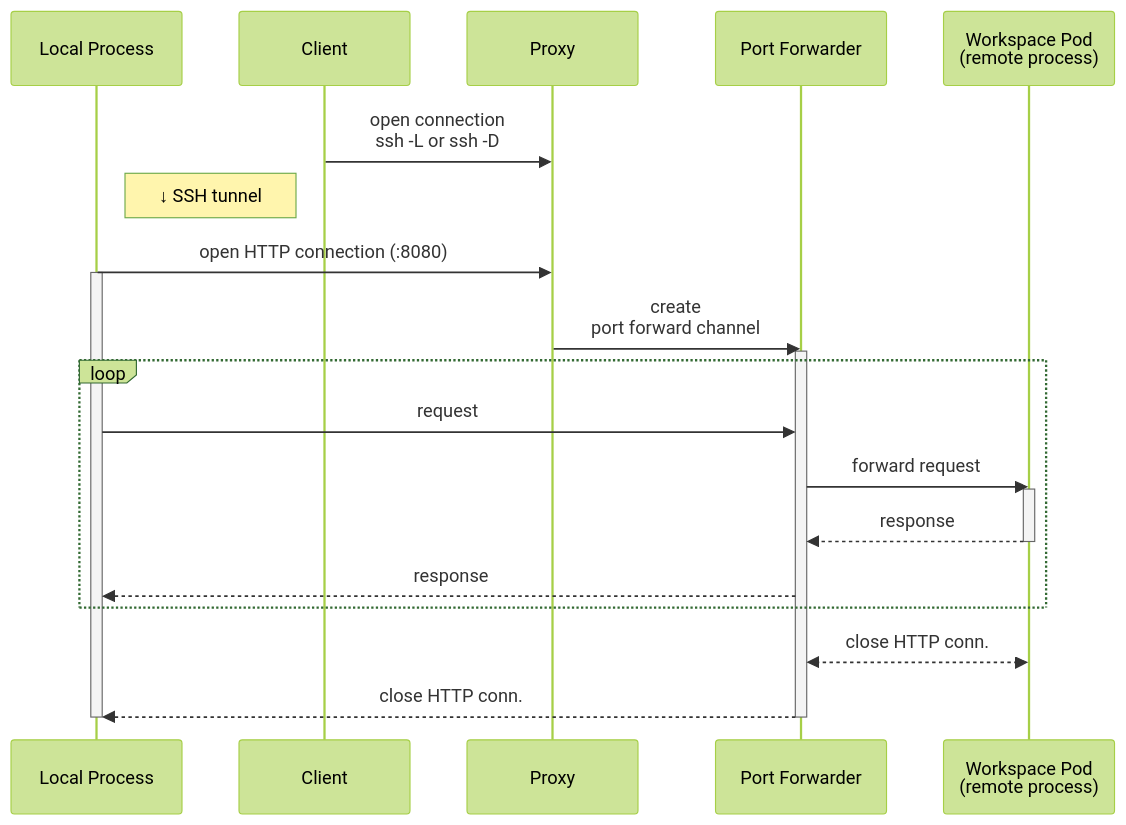
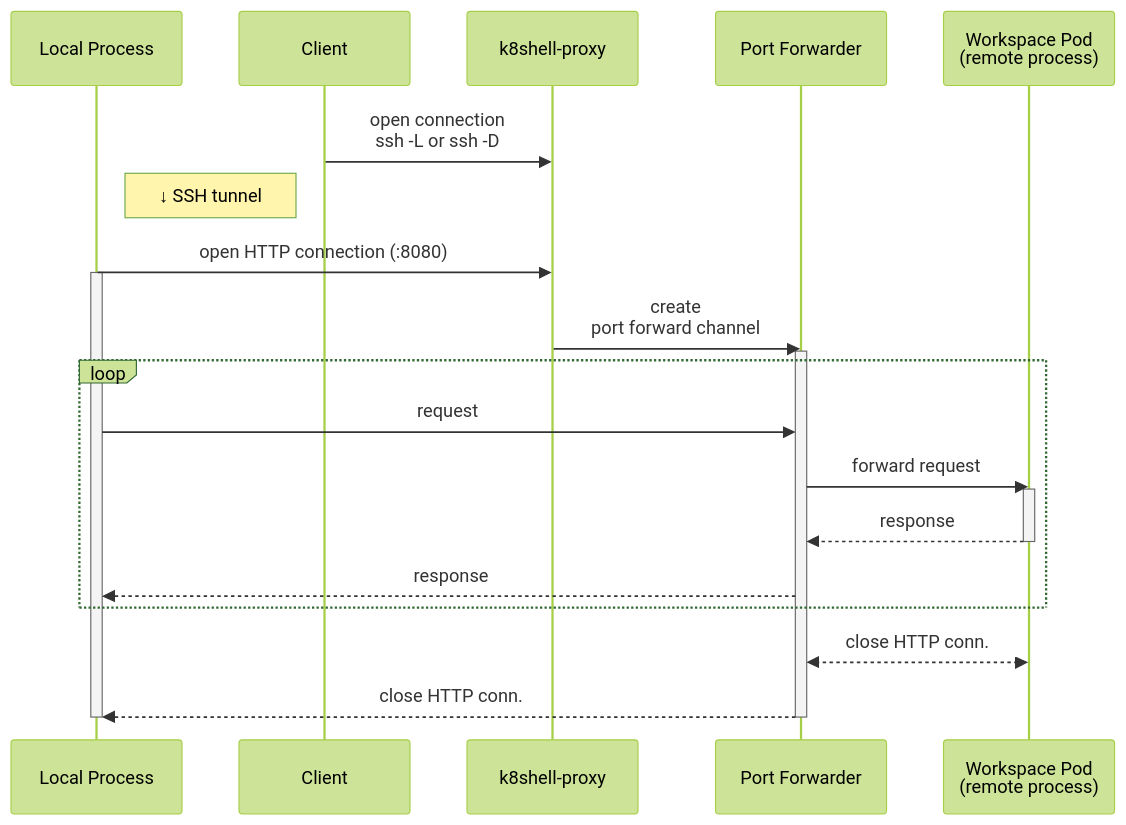
One commit to k8shell-io/docs changed the third of 4 diagrams in architecture/communication.md. Above: the diagram before and after it, drawn with Mermaid (forest theme). The commit also changed other lines of this file, not shown here.

````diff
--- a/architecture/communication.md
+++ b/architecture/communication.md
@@ -94,28 +94,28 @@
 ```{mermaid}
 :config: { "theme": "neutral", "mirrorActors": false, "height": 50, "showSequenceNumbers": true, "width": 150, "fontSize": 22 }
 sequenceDiagram
     participant LP as Local Process
     participant C as Client
-    participant P as Proxy
+    participant P as k8shell-proxy
     participant PF as Port Forwarder
     participant W as Workspace Pod<br/>(remote process)
 
     C->>P: open connection<br/>ssh -L or ssh -D
     note right of LP: ↓ SSH tunnel
     LP->>P: open HTTP connection (:8080)
     activate LP
     P->>PF: create<br/>port forward channel
     activate PF
     loop
     LP->>PF: request
     PF->>W: forward request
     activate W
     W-->>PF: response
     deactivate W
     PF-->>LP: response
     end
     W<<-->>PF: close HTTP conn.
     PF-->>LP: close HTTP conn. 
     deactivate LP
     deactivate PF
 ```
````
